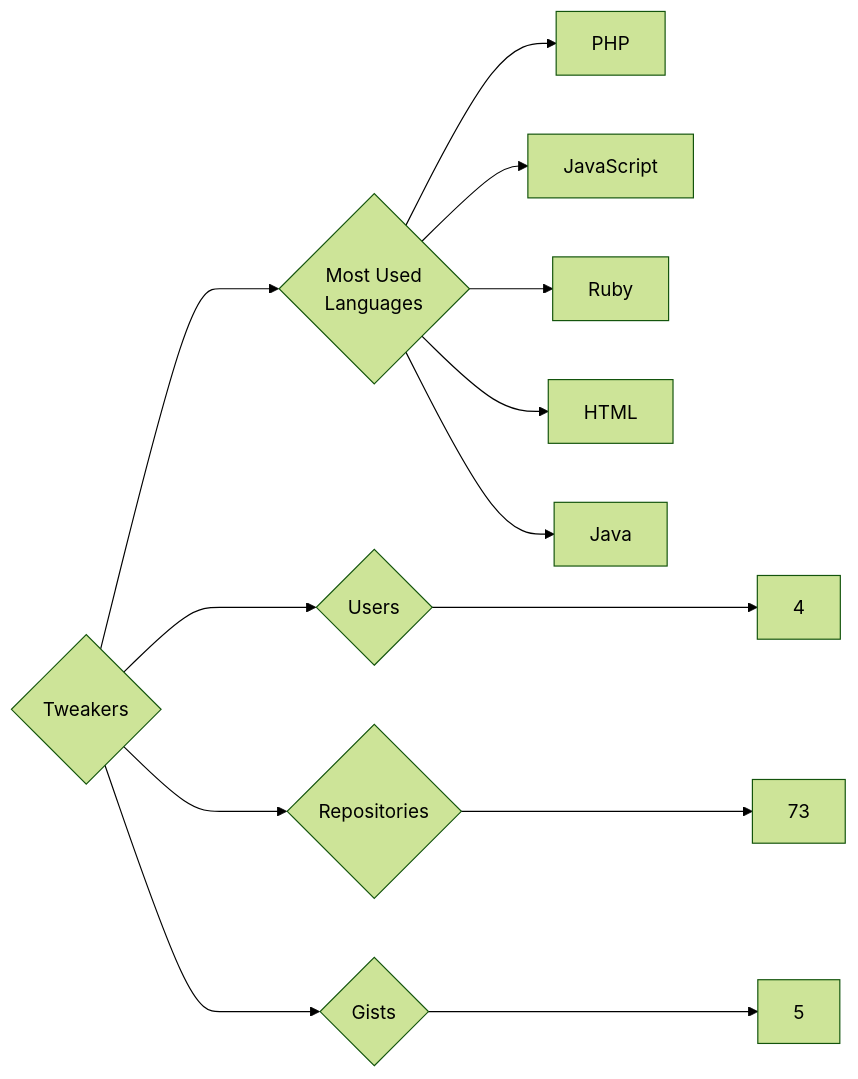
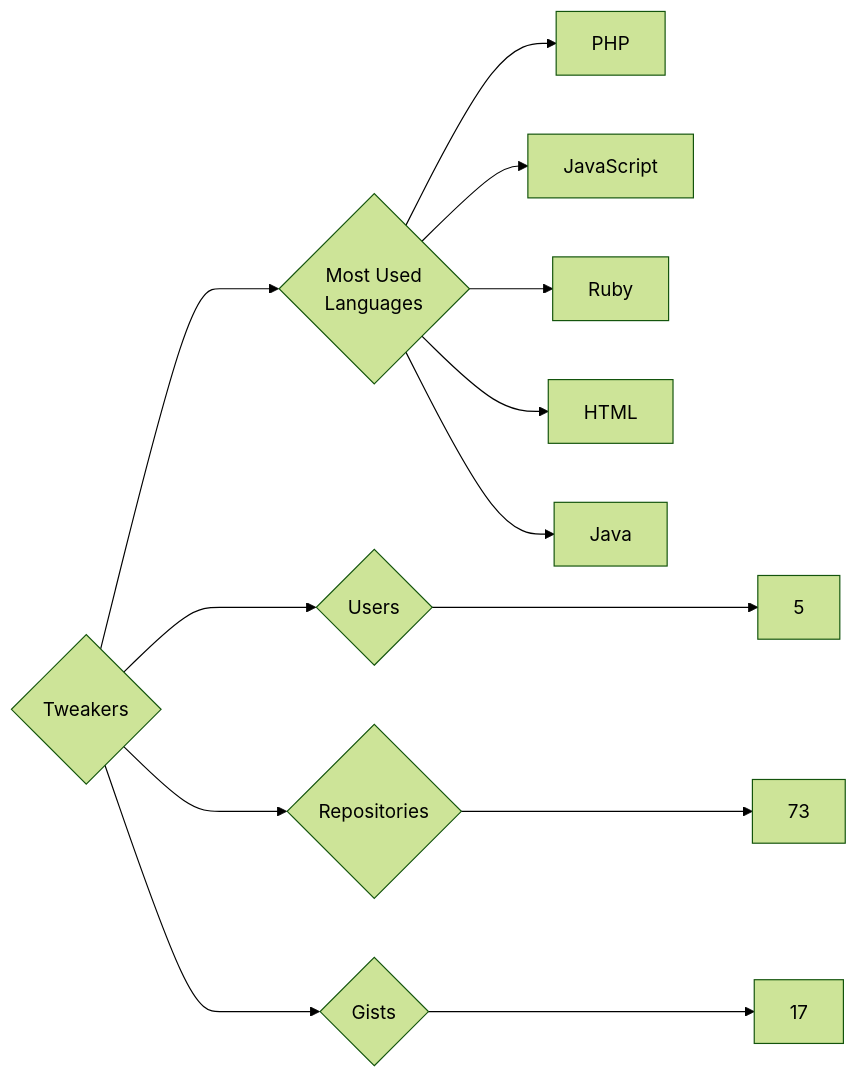
One commit to trickest/insiders changed the diagram in targets/Tweakers/README.md. Above: the diagram before and after it, drawn with Mermaid (forest theme). The commit also changed 833 other files, not shown here.

````diff
--- a/targets/Tweakers/README.md
+++ b/targets/Tweakers/README.md
@@ -3,13 +3,13 @@
 ```mermaid
 graph LR
 COMPANY_NAME{Tweakers}
-COMPANY_NAME ---> U{Users} ---> UN[4]
+COMPANY_NAME ---> U{Users} ---> UN[5]
 COMPANY_NAME ---> R{Repositories} ---> RN[73]
-COMPANY_NAME ---> G{Gists} ---> GN[5]
+COMPANY_NAME ---> G{Gists} ---> GN[17]
 COMPANY_NAME ---> ML{Most Used<br>Languages}
 ML --> PHP[PHP]
 ML --> JavaScript[JavaScript]
 ML --> Ruby[Ruby]
 ML --> HTML[HTML]
 ML --> Java[Java]
 ```
````
